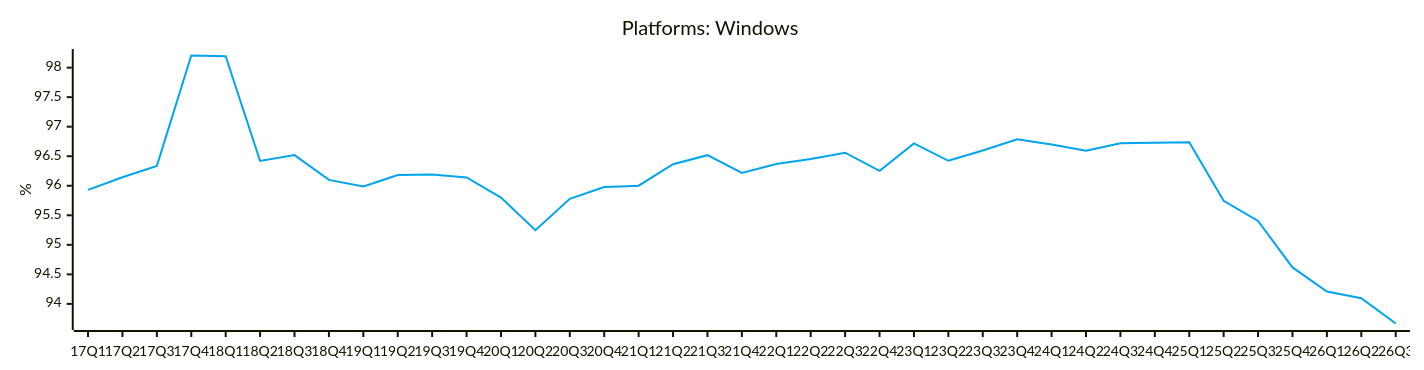
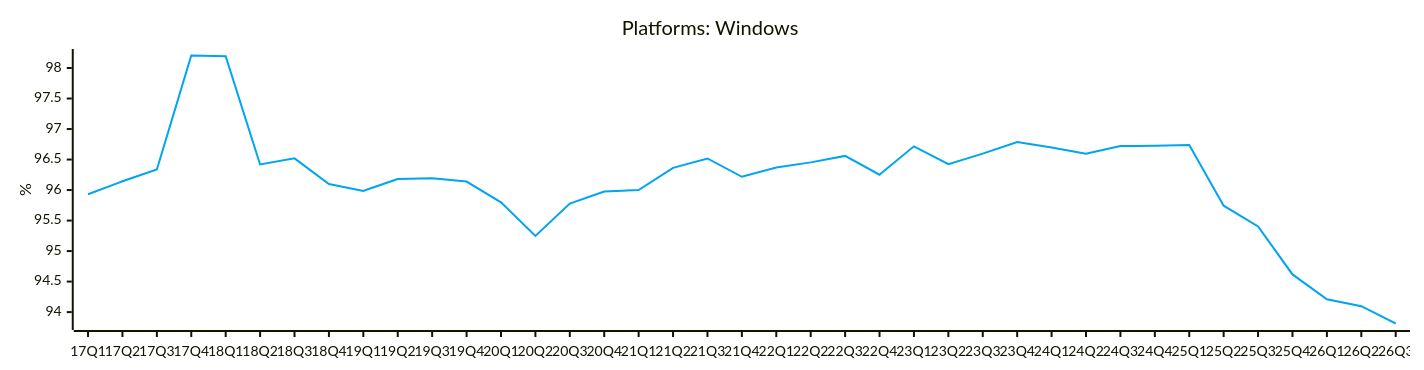
One commit to jdegene/steamHWsurvey changed diagram 13 of 31 in README.md. Above: the diagram before and after it, drawn with Mermaid. The commit also changed other lines of this file and 2 other files, not shown here.

````diff
--- a/README.md
+++ b/README.md
@@ -455,19 +455,19 @@
 ```mermaid
 ---
 config:
     xyChart:
         width: 1400
         height: 350
         
     themeVariables:
         xyChart:
             plotColorPalette: "#00A4EF"
 
 --- 
 
 xychart-beta
     title "Platforms: Windows"
     x-axis [17Q1, 17Q2, 17Q3, 17Q4, 18Q1, 18Q2, 18Q3, 18Q4, 19Q1, 19Q2, 19Q3, 19Q4, 20Q1, 20Q2, 20Q3, 20Q4, 21Q1, 21Q2, 21Q3, 21Q4, 22Q1, 22Q2, 22Q3, 22Q4, 23Q1, 23Q2, 23Q3, 23Q4, 24Q1, 24Q2, 24Q3, 24Q4, 25Q1, 25Q2, 25Q3, 25Q4, 26Q1, 26Q2, 26Q3]
     y-axis "%" 
-    line [95.93077157802871, 96.14358153189218, 96.335797352114, 98.2051556994227, 98.19224868254285, 96.41927606149704, 96.5195047886008, 96.09970461570235, 95.98653029864667, 96.18231901638656, 96.1924850487725, 96.13973260690635, 95.79966074962071, 95.24887243795703, 95.77968082937306, 95.97729984600053, 96.00093389366951, 96.3644960136504, 96.51791074644787, 96.21786476146109, 96.36945418071323, 96.45358462278665, 96.559659973536, 96.25178127450455, 96.71672771330697, 96.42300386215726, 96.5964455674196, 96.78761180751577, 96.69704930026714, 96.59410712782618, 96.7203836591232, 96.72614773948945, 96.73812324746858, 95.74425762677885, 95.4048291732717, 94.61750116087791, 94.21011700277774, 94.09736760554284, 93.66810043012903]
+    line [95.93077157802871, 96.14358153189218, 96.335797352114, 98.2051556994227, 98.19224868254285, 96.41927606149704, 96.5195047886008, 96.09970461570235, 95.98653029864667, 96.18231901638656, 96.1924850487725, 96.13973260690635, 95.79966074962073, 95.24887243795703, 95.77968082937306, 95.97729984600053, 96.00093389366951, 96.3644960136504, 96.51791074644787, 96.21786476146109, 96.36945418071323, 96.45358462278666, 96.559659973536, 96.25178127450455, 96.71672771330697, 96.42300386215726, 96.5964455674196, 96.78761180751577, 96.69704930026714, 96.59410712782618, 96.72038365912319, 96.72614773948945, 96.73812324746858, 95.74425762677885, 95.4048291732717, 94.61750116087791, 94.21011700277774, 94.09736760554283, 93.81314394318294]
 ``` 
````
